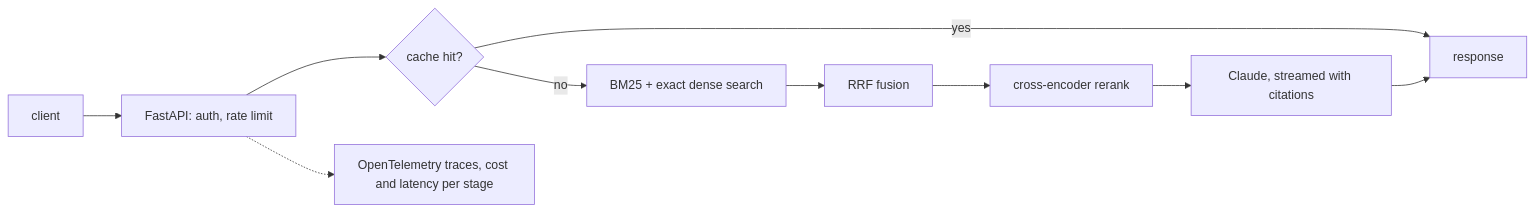
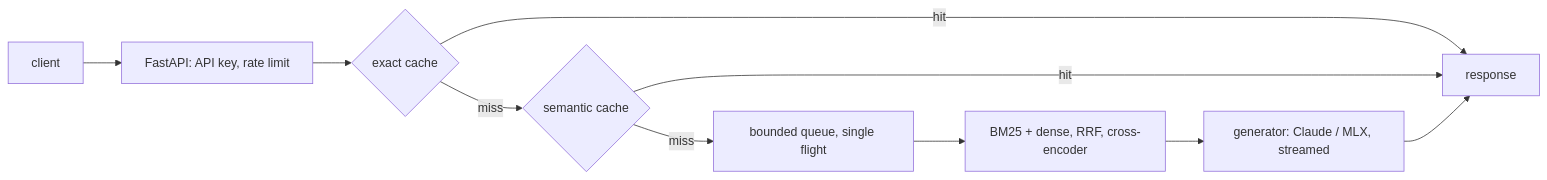
Before and after one commit to haroonkhan02/rag-service: the diagram in README.md, drawn with Mermaid. The commit also changed other lines of this file, not shown here.

````diff
--- a/README.md
+++ b/README.md
@@ -23,10 +33,11 @@
 ```mermaid
 flowchart LR
-    C[client] --> A[FastAPI: auth, rate limit]
-    A --> K{cache hit?}
-    K -- yes --> R[response]
-    K -- no --> S[BM25 + exact dense search]
-    S --> F[RRF fusion] --> X[cross-encoder rerank]
-    X --> L[Claude, streamed with citations] --> R
-    A -.-> T[OpenTelemetry traces, cost and latency per stage]
+    C[client] --> A[FastAPI: API key, rate limit]
+    A --> E{exact cache}
+    E -- hit --> R[response]
+    E -- miss --> S{semantic cache}
+    S -- hit --> R
+    S -- miss --> Q[bounded queue, single flight]
+    Q --> P[BM25 + dense, RRF, cross-encoder]
+    P --> L[generator: Claude / MLX, streamed] --> R
 ```
````
